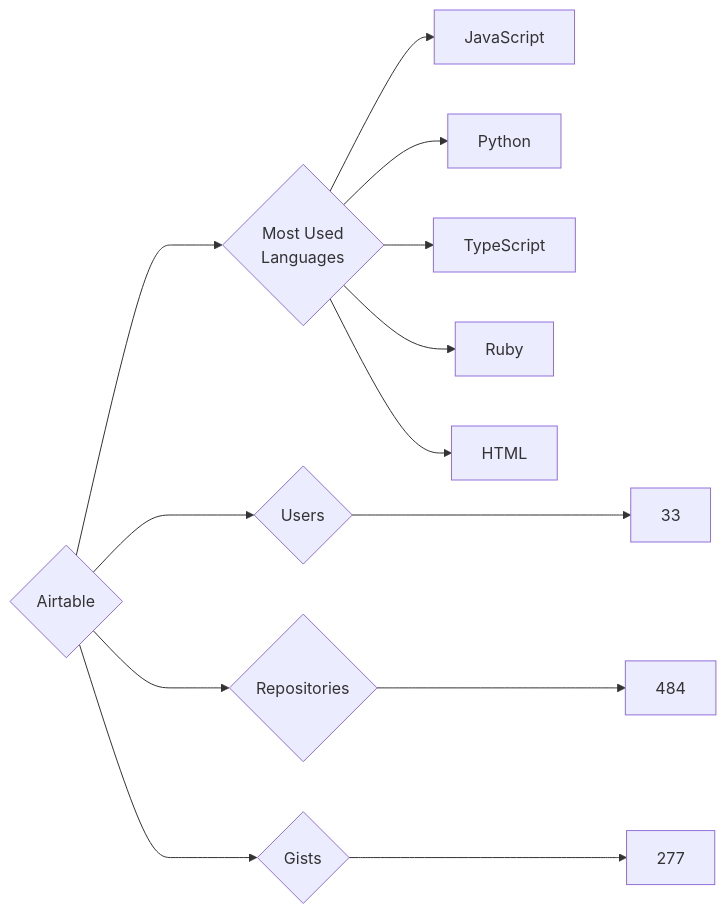
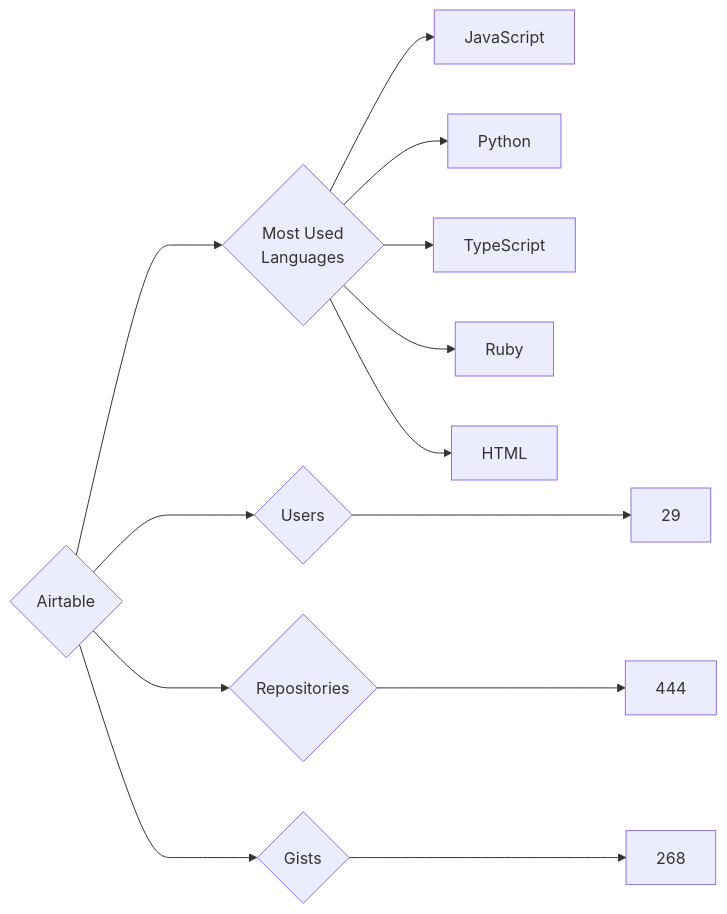
One commit to trickest/insiders changed the diagram in targets/Airtable/README.md. Above: the diagram before and after it, drawn with Mermaid. The commit also changed 679 other files, not shown here.

````diff
--- a/targets/Airtable/README.md
+++ b/targets/Airtable/README.md
@@ -3,13 +3,13 @@
 ```mermaid
 graph LR
 COMPANY_NAME{Airtable}
-COMPANY_NAME ---> U{Users} ---> UN[33]
-COMPANY_NAME ---> R{Repositories} ---> RN[484]
-COMPANY_NAME ---> G{Gists} ---> GN[277]
+COMPANY_NAME ---> U{Users} ---> UN[29]
+COMPANY_NAME ---> R{Repositories} ---> RN[444]
+COMPANY_NAME ---> G{Gists} ---> GN[268]
 COMPANY_NAME ---> ML{Most Used<br>Languages}
 ML --> JavaScript[JavaScript]
 ML --> Python[Python]
 ML --> TypeScript[TypeScript]
 ML --> Ruby[Ruby]
 ML --> HTML[HTML]
 ```
````
